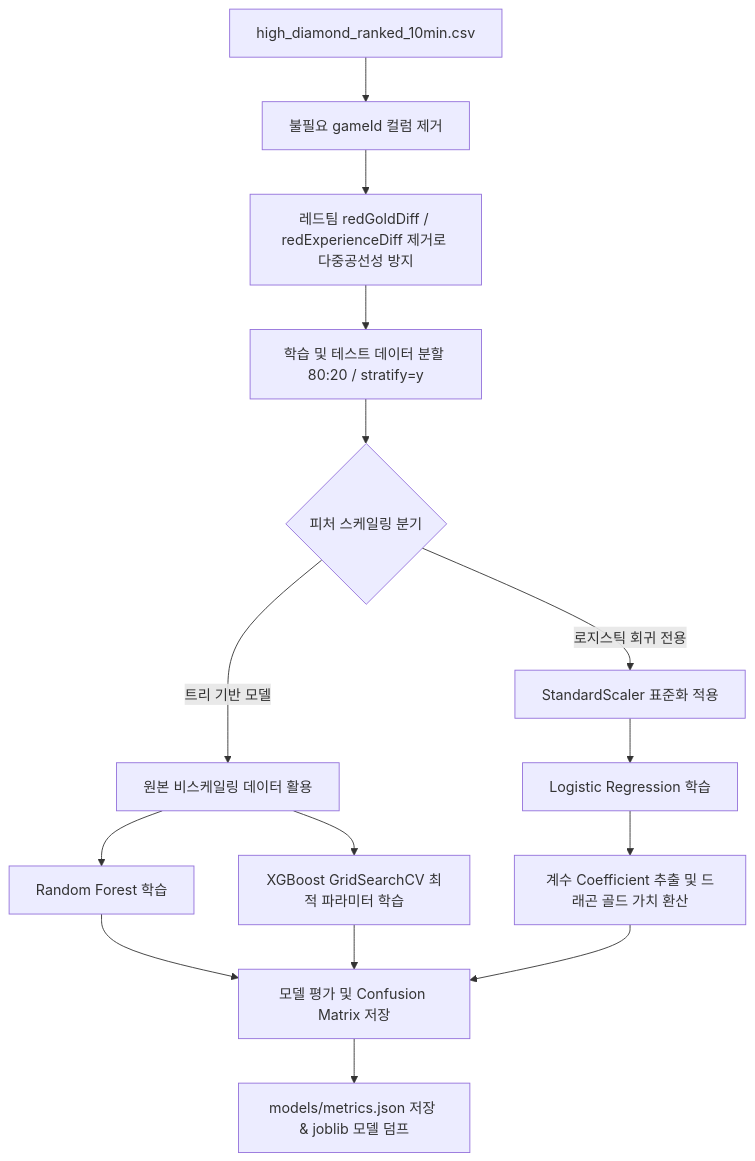
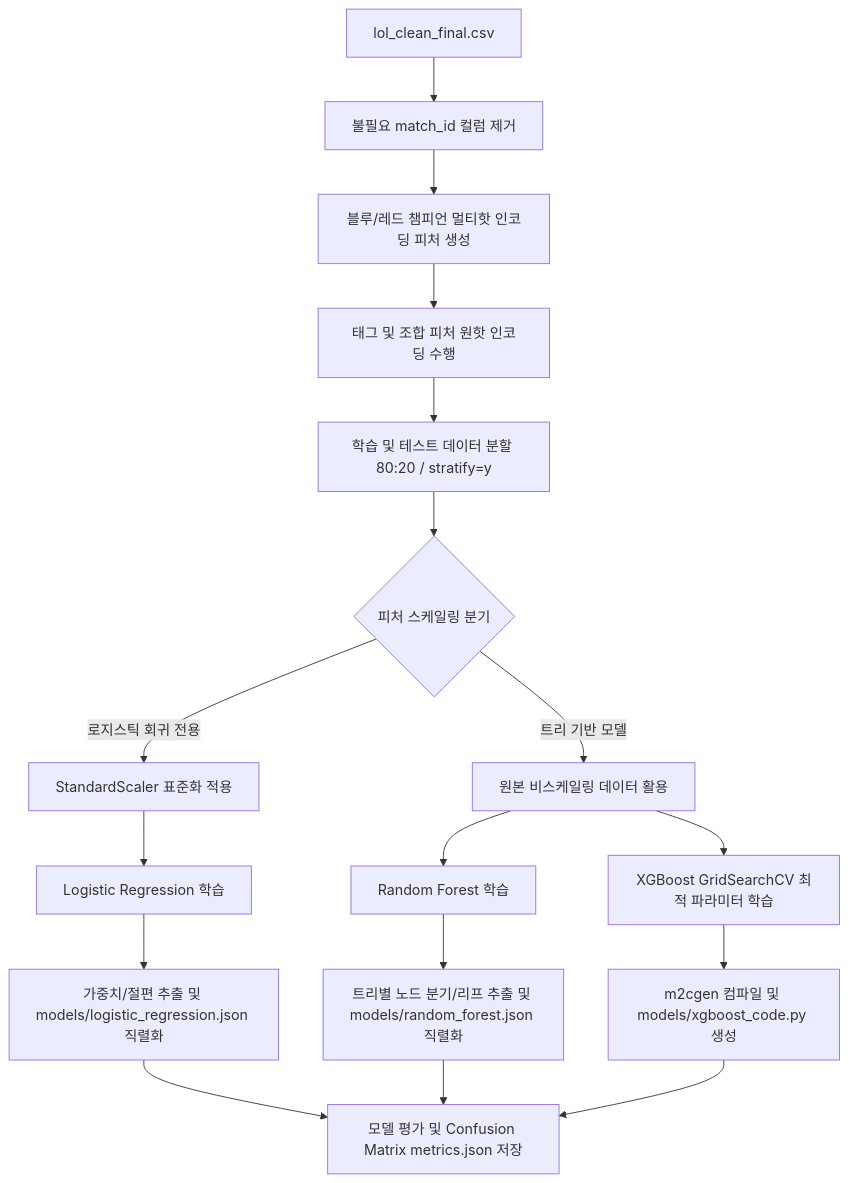
Before and after one commit to Giheon-Jeon/LoL-WinRate-10m: the diagram in README.md, drawn with Mermaid. The commit also changed other lines of this file and 11 other files, not shown here.

````diff
--- a/README.md
+++ b/README.md
@@ -150,22 +146,24 @@
 ```mermaid
 graph TD
-    A[high_diamond_ranked_10min.csv] --> B[불필요 gameId 컬럼 제거]
-    B --> C[레드팀 redGoldDiff / redExperienceDiff 제거로 다중공선성 방지]
-    C --> D[학습 및 테스트 데이터 분할 80:20 / stratify=y]
+    A[lol_clean_final.csv] --> B[불필요 match_id 컬럼 제거]
+    B --> C[블루/레드 챔피언 멀티핫 인코딩 피처 생성]
+    C --> D[태그 및 조합 피처 원핫 인코딩 수행]
+    D --> E[학습 및 테스트 데이터 분할 80:20 / stratify=y]
     
-    D --> E{피처 스케일링 분기}
+    E --> F{피처 스케일링 분기}
     
-    E -- 로지스틱 회귀 전용 --> F[StandardScaler 표준화 적용]
-    F --> G[Logistic Regression 학습]
-    G --> H[계수 Coefficient 추출 및 드래곤 골드 가치 환산]
+    F -- 로지스틱 회귀 전용 --> G[StandardScaler 표준화 적용]
+    G --> H[Logistic Regression 학습]
+    H --> I[가중치/절편 추출 및 models/logistic_regression.json 직렬화]
     
-    E -- 트리 기반 모델 --> I[원본 비스케일링 데이터 활용]
-    I --> J[Random Forest 학습]
-    I --> K[XGBoost GridSearchCV 최적 파라미터 학습]
+    F -- 트리 기반 모델 --> J[원본 비스케일링 데이터 활용]
+    J --> K[Random Forest 학습]
+    J --> L[XGBoost GridSearchCV 최적 파라미터 학습]
     
-    J --> L[모델 평가 및 Confusion Matrix 저장]
-    K --> L
-    H --> L
+    K --> M[트리별 노드 분기/리프 추출 및 models/random_forest.json 직렬화]
+    L --> N[m2cgen 컴파일 및 models/xgboost_code.py 생성]
     
-    L --> M[models/metrics.json 저장 & joblib 모델 덤프]
+    I --> O[모델 평가 및 Confusion Matrix metrics.json 저장]
+    M --> O
+    N --> O
 ```
````
